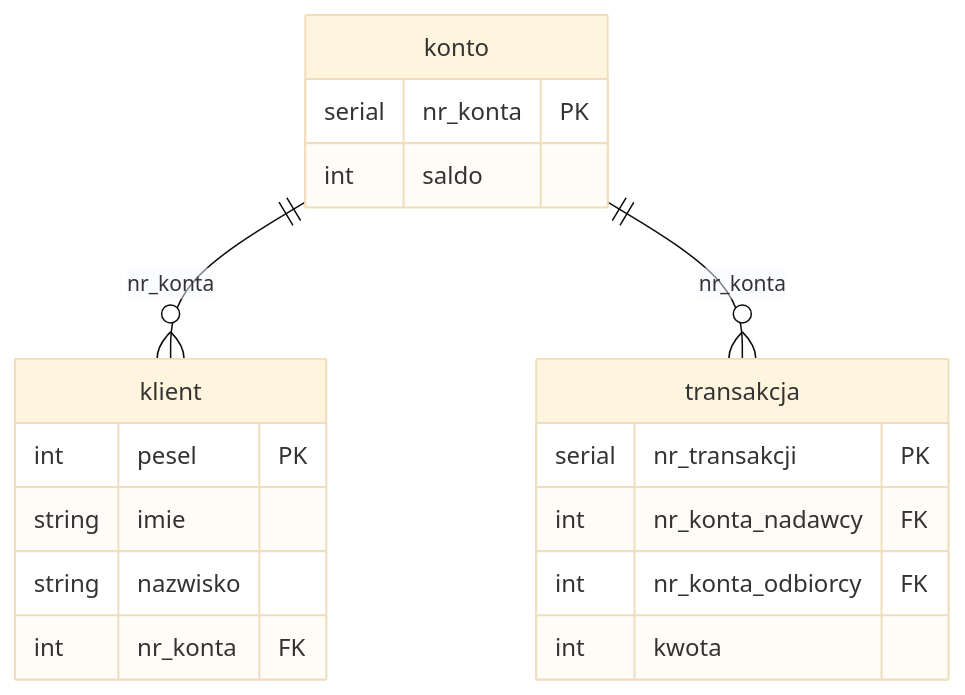
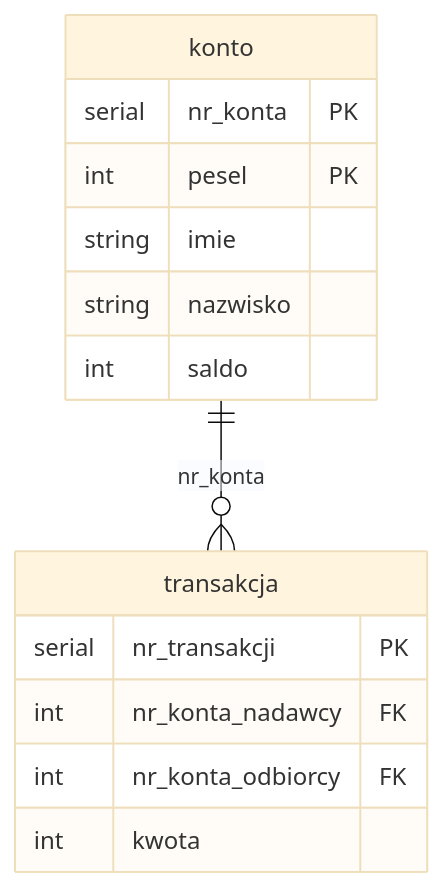
One commit to martafigurska/MIniBank changed the diagram in README.md. Above: the diagram before and after it, drawn with Mermaid (base theme).

Commit message:
finite version of db

````diff
--- a/README.md
+++ b/README.md
@@ -8,25 +8,20 @@
 ```mermaid
 erDiagram
-    klient {
+    konto {
+        serial nr_konta PK
         int pesel PK
         string imie
         string nazwisko
-        int nr_konta FK 
-    }
-
-    konto {
-        serial nr_konta PK
-        int saldo 
+        int saldo
     }
 
     transakcja {
         serial nr_transakcji PK
         int nr_konta_nadawcy FK
         int nr_konta_odbiorcy FK
         int kwota
     }
 
-    konto ||--o{ klient : "nr_konta"
     konto ||--o{ transakcja : "nr_konta"
 
 ```
````
